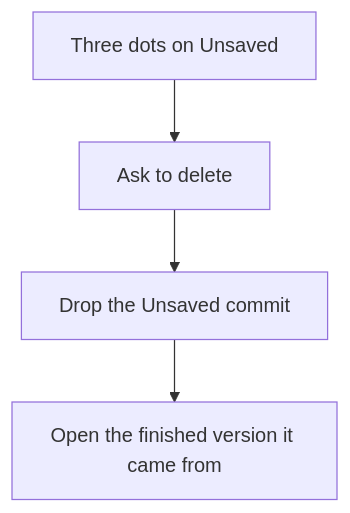
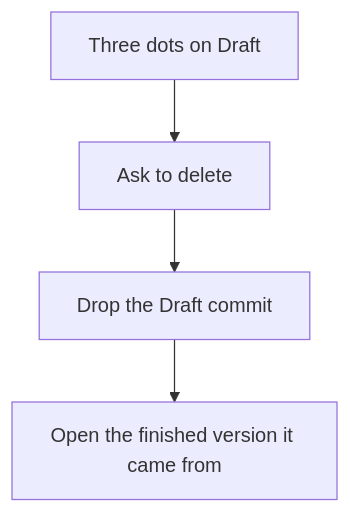
One commit to IsmailBiswas/lines changed the seventh of 13 diagrams in docs/user-flows.md. Above: the diagram before and after it, drawn with Mermaid. The commit also changed other lines of this file and 17 other files, not shown here.

````diff
--- a/docs/user-flows.md
+++ b/docs/user-flows.md
@@ -150,9 +150,9 @@
 ```mermaid
 flowchart TD
-  menu[Three dots on Unsaved]
+  menu[Three dots on Draft]
   ask[Ask to delete]
-  drop[Drop the Unsaved commit]
+  drop[Drop the Draft commit]
   parent[Open the finished version it came from]
 
   menu --> ask --> drop --> parent
 ```
````
